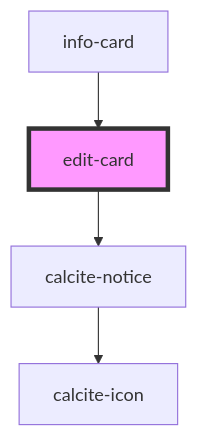
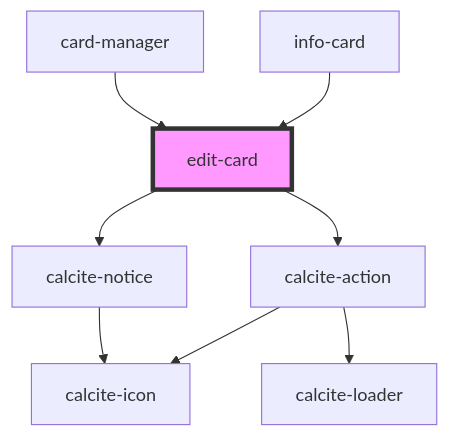
One commit to Esri/solutions-components changed the diagram in src/components/edit-card/readme.md. Above: the diagram before and after it, drawn with Mermaid. The commit also changed other lines of this file and 14 other files, not shown here.

````diff
--- a/src/components/edit-card/readme.md
+++ b/src/components/edit-card/readme.md
@@ -36,7 +39,11 @@
 ```mermaid
 graph TD;
   edit-card --> calcite-notice
+  edit-card --> calcite-action
   calcite-notice --> calcite-icon
+  calcite-action --> calcite-loader
+  calcite-action --> calcite-icon
+  card-manager --> edit-card
   info-card --> edit-card
   style edit-card fill:#f9f,stroke:#333,stroke-width:4px
 ```
````
